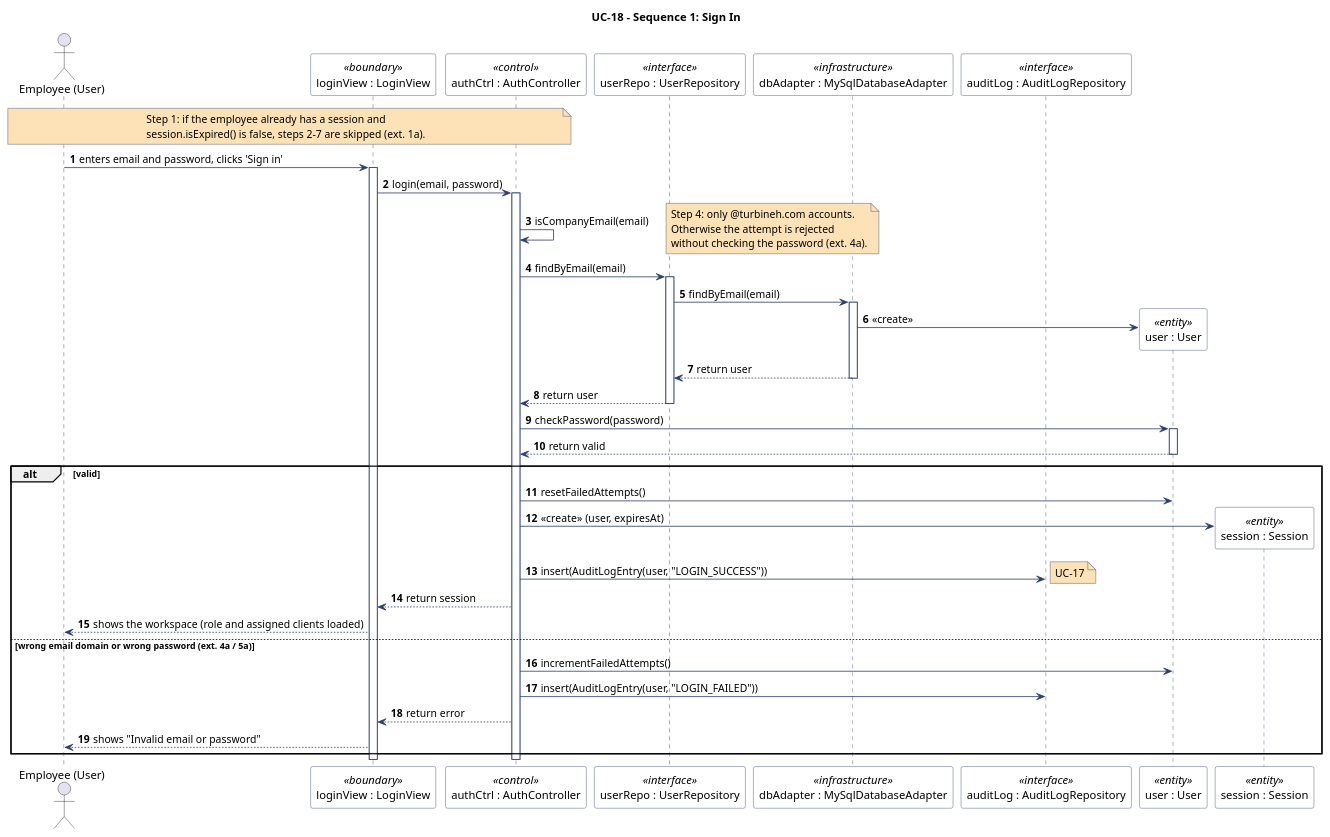
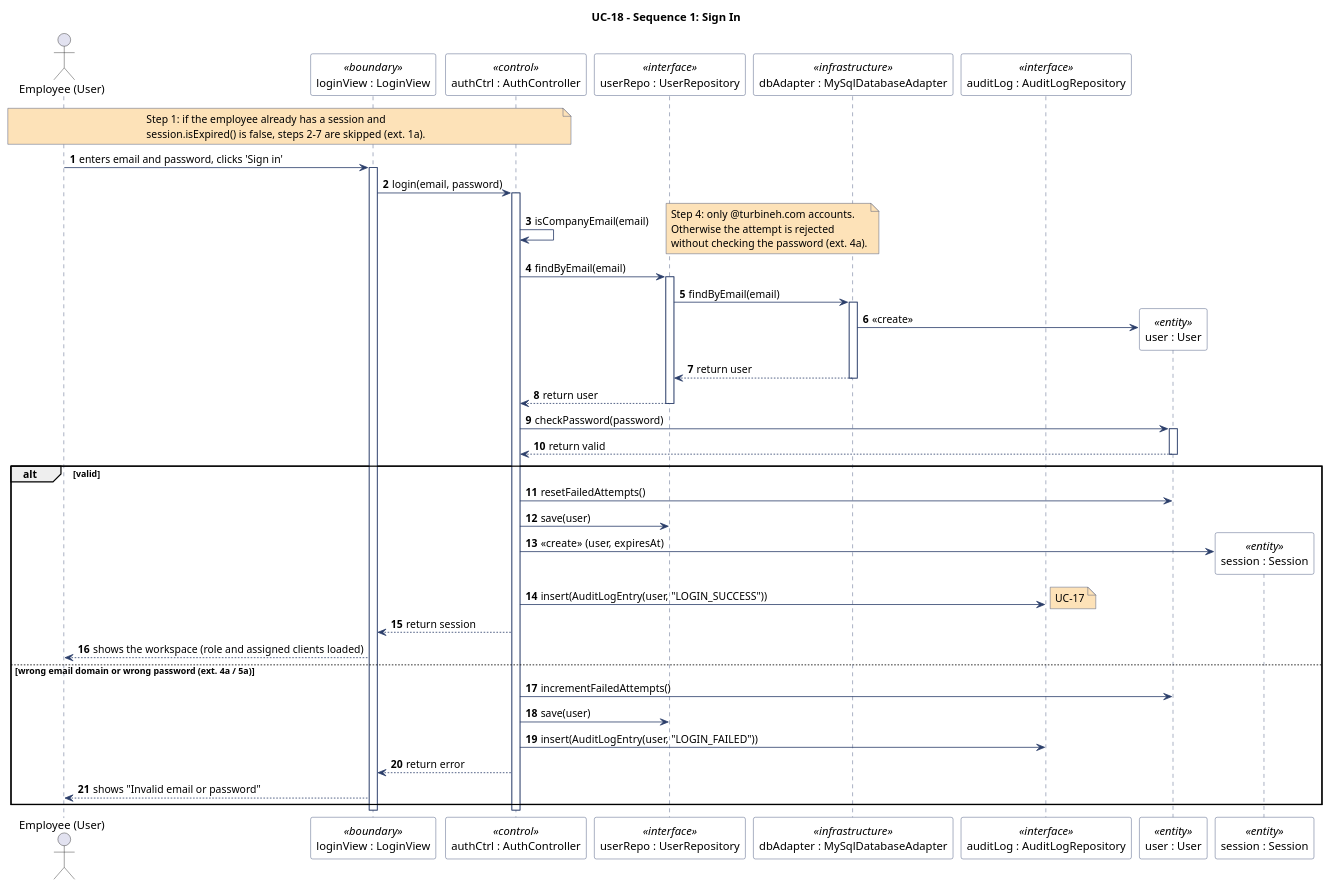
Before and after one commit to Navas05/ADA---Group-Project: the first of 2 diagrams in sequence_diagram_uc18.pu, drawn with PlantUML. The commit also changed other lines of this file and 11 other files, not shown here.

```diff
--- a/sequence_diagram_uc18.pu
+++ b/sequence_diagram_uc18.pu
@@ -1,89 +1,91 @@
 @startuml sequence_diagram_uc18_1
 ' ============================================================
 '  TurbineH Invoicing & Subscription System
 '  UML Sequence Diagram - UC-18: Authenticate & Check User Permissions
 '  Submission 2 - Issue #22 / #33
 '  Two sequences (like the course example):
 '   Sequence 1 - Sign in (UC-18 steps 2-7)
 '   Sequence 2 - Check permissions (UC-18 step 8)
 '  Classes and methods: class_diagram.pu and
 '  class_diagram_application.pu
 ' ============================================================
 
 skinparam shadowing false
 skinparam sequenceMessageAlign left
 skinparam participant {
     BackgroundColor #FFFFFF
     BorderColor #2B3E6A
 }
 skinparam sequence {
     ArrowColor #2B3E6A
     LifeLineBorderColor #2B3E6A
 }
 skinparam note {
     BackgroundColor #FDE2B8
     BorderColor #2B3E6A
 }
 autonumber
 
 title UC-18 - Sequence 1: Sign In
 
 actor "Employee (User)" as User
 participant "loginView : LoginView" as View <<boundary>>
 participant "authCtrl : AuthController" as Ctrl <<control>>
 participant "userRepo : UserRepository" as Repo <<interface>>
 participant "dbAdapter : MySqlDatabaseAdapter" as Db <<infrastructure>>
 participant "auditLog : AuditLogRepository" as Audit <<interface>>
 
 note over User, Ctrl
   Step 1: if the employee already has a session and
   session.isExpired() is false, steps 2-7 are skipped (ext. 1a).
 end note
 
 User -> View : enters email and password, clicks 'Sign in'
 activate View
 View -> Ctrl : login(email, password)
 activate Ctrl
 
 Ctrl -> Ctrl : isCompanyEmail(email)
 note right
   Step 4: only @turbineh.com accounts.
   Otherwise the attempt is rejected
   without checking the password (ext. 4a).
 end note
 
 Ctrl -> Repo : findByEmail(email)
 activate Repo
 Repo -> Db : findByEmail(email)
 activate Db
 create participant "user : User" as U <<entity>>
 Db -> U : <<create>>
 Db --> Repo : return user
 deactivate Db
 Repo --> Ctrl : return user
 deactivate Repo
 
 Ctrl -> U : checkPassword(password)
 activate U
 U --> Ctrl : return valid
 deactivate U
 
 alt valid
     Ctrl -> U : resetFailedAttempts()
+    Ctrl -> Repo : save(user)
     create participant "session : Session" as S <<entity>>
     Ctrl -> S : <<create>> (user, expiresAt)
     Ctrl -> Audit : insert(AuditLogEntry(user, "LOGIN_SUCCESS"))
     note right : UC-17
     Ctrl --> View : return session
     View --> User : shows the workspace (role and assigned clients loaded)
 else wrong email domain or wrong password (ext. 4a / 5a)
     Ctrl -> U : incrementFailedAttempts()
+    Ctrl -> Repo : save(user)
     Ctrl -> Audit : insert(AuditLogEntry(user, "LOGIN_FAILED"))
     Ctrl --> View : return error
     View --> User : shows "Invalid email or password"
 end
 
 deactivate Ctrl
 deactivate View
 
 @enduml
```
